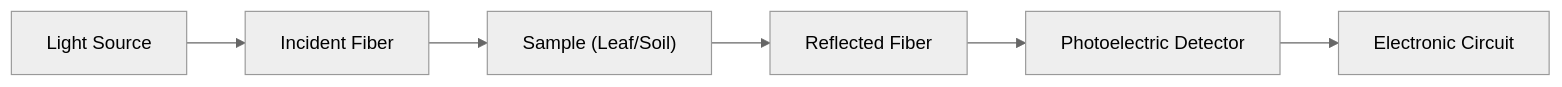
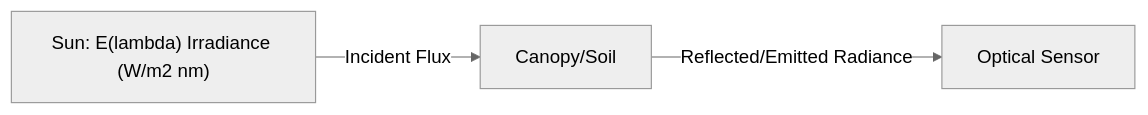
Before and after one commit to 00113844/AGRI4401_website: the third of 9 diagrams in presentations/presentation.qmd, drawn with Mermaid (neutral theme). The commit also changed other lines of this file and 4 other files, not shown here.

````diff
--- a/presentations/presentation.qmd
+++ b/presentations/presentation.qmd
@@ -272,8 +318,5 @@
 ```{mermaid}
 flowchart LR
-    LS["Light Source"] --> IF["Incident Fiber"]
-    IF --> S["Sample (Leaf/Soil)"]
-    S --> RF["Reflected Fiber"]
-    RF --> PD["Photoelectric Detector"]
-    PD --> EC["Electronic Circuit"]
+    Sun["Sun: E(lambda) Irradiance (W/m2 nm)"] -->|Incident Flux| Target["Canopy/Soil"]
+    Target -->|Reflected/Emitted Radiance| Sensor["Optical Sensor"]
 ```
````
